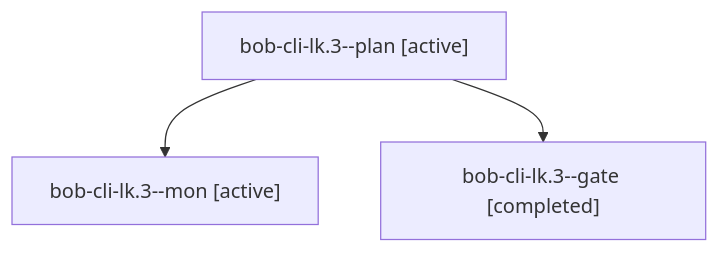
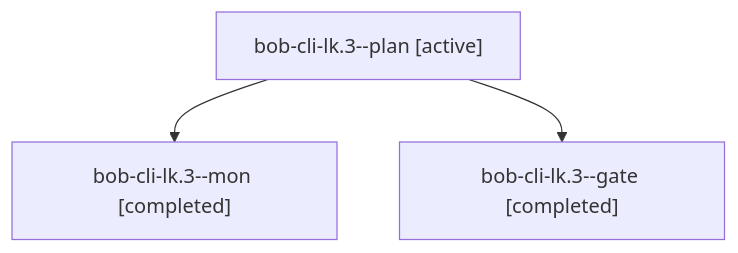
The diagram in sessions/bbugyi200.apollo.bob-cli-lk.3.md (bobs-org/bob-cli--agents), drawn with Mermaid before and after one commit. The commit also changed other lines of this file and 43 other files, not shown here.

````diff
--- a/sessions/bbugyi200.apollo.bob-cli-lk.3.md
+++ b/sessions/bbugyi200.apollo.bob-cli-lk.3.md
@@ -9,8 +9,8 @@
 ```mermaid
 flowchart TD
   n0["bob-cli-lk.3--plan [active]"]
-  n1["bob-cli-lk.3--mon [active]"]
+  n1["bob-cli-lk.3--mon [completed]"]
   n0 --> n1
   n2["bob-cli-lk.3--gate [completed]"]
   n0 --> n2
 ```
````
